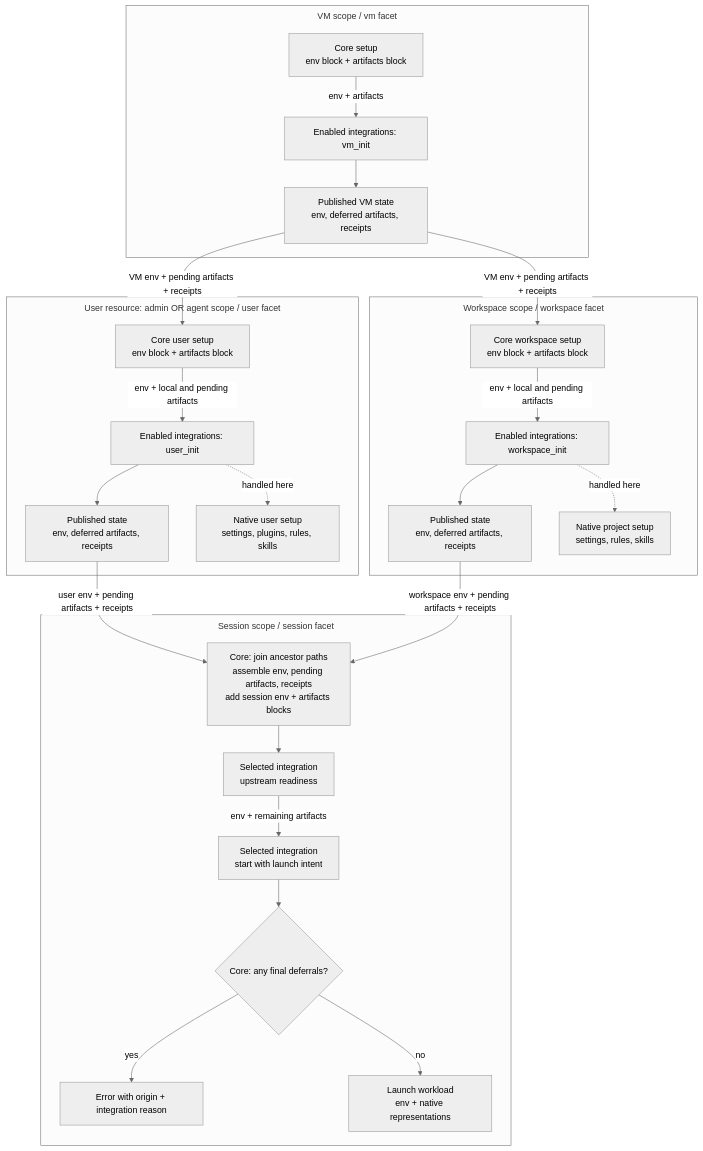
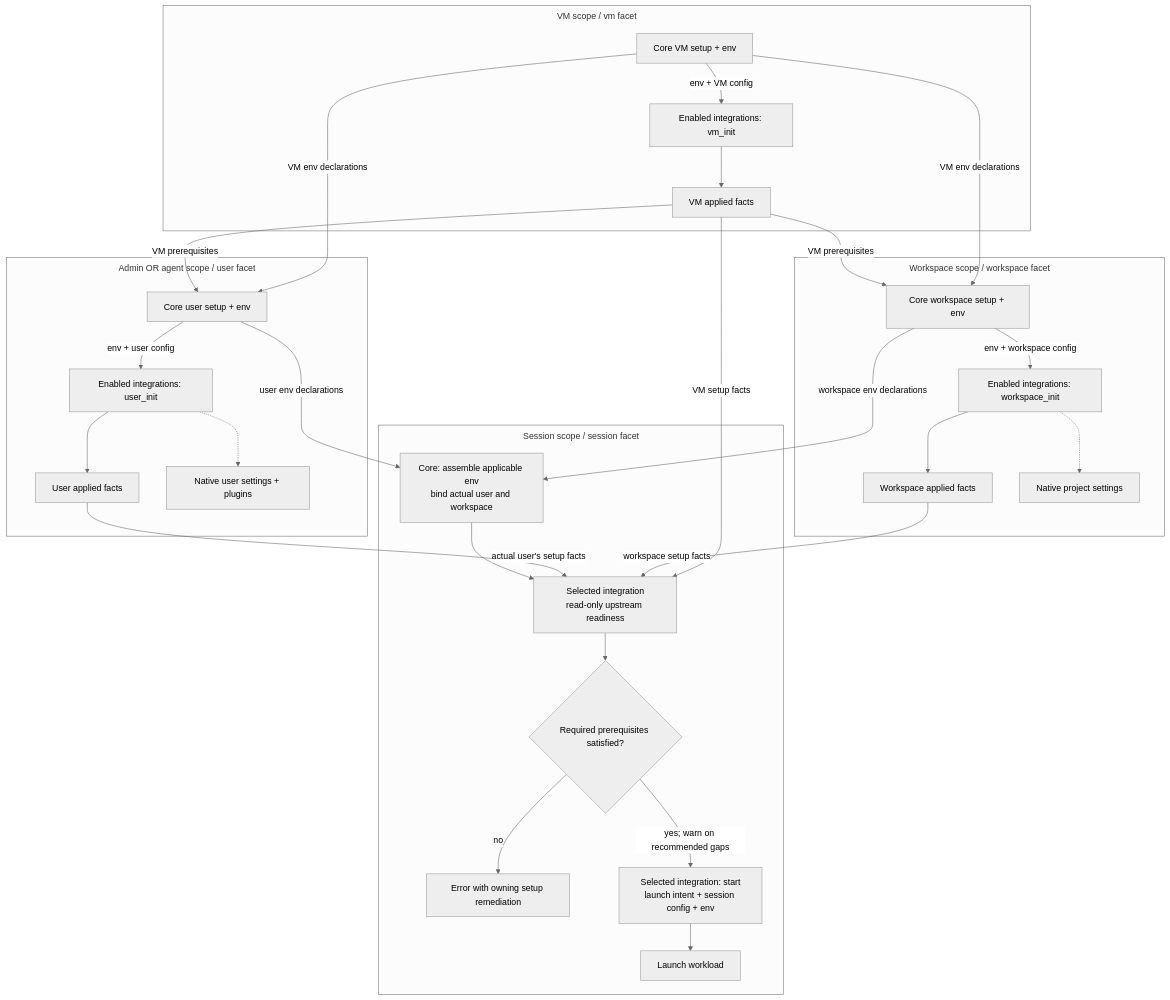
The diagram in docs/sdd/2026-09-06-harness-scope-framework/hla.md (WayfarerLabs/agentworks), drawn with Mermaid (neutral theme) before and after one commit. The commit also changed other lines of this file, not shown here.

````diff
--- a/docs/sdd/2026-09-06-harness-scope-framework/hla.md
+++ b/docs/sdd/2026-09-06-harness-scope-framework/hla.md
@@ -27,36 +26,41 @@
 ```mermaid
 ---
 config:
   flowchart:
     subGraphTitleMargin:
       top: 8
       bottom: 18
 ---
 flowchart TB
     subgraph VM["VM scope / vm facet"]
-        VC["Core setup<br/>env block + artifacts block"] -->|"env + artifacts"| VH["Enabled integrations: vm_init"]
-        VH --> VS["Published VM state<br/>env, deferred artifacts, receipts"]
+        VC["Core VM setup + env"] -->|"env + VM config"| VH["Enabled integrations: vm_init"]
+        VH --> VS["VM applied facts"]
     end
-    subgraph User["User resource: admin OR agent scope / user facet"]
-        UC["Core user setup<br/>env block + artifacts block"] -->|"env + local and pending artifacts"| UH["Enabled integrations: user_init"]
-        UH --> US["Published state<br/>env, deferred artifacts, receipts"]
-        UH -.->|"handled here"| UN["Native user setup<br/>settings, plugins, rules, skills"]
+    subgraph User["Admin OR agent scope / user facet"]
+        UC["Core user setup + env"] -->|"env + user config"| UH["Enabled integrations: user_init"]
+        UH --> US["User applied facts"]
+        UH -.-> UN["Native user settings + plugins"]
     end
     subgraph Workspace["Workspace scope / workspace facet"]
-        WC["Core workspace setup<br/>env block + artifacts block"] -->|"env + local and pending artifacts"| WH["Enabled integrations: workspace_init"]
-        WH --> WS["Published state<br/>env, deferred artifacts, receipts"]
-        WH -.->|"handled here"| WN["Native project setup<br/>settings, rules, skills"]
+        WC["Core workspace setup + env"] -->|"env + workspace config"| WH["Enabled integrations: workspace_init"]
+        WH --> WS["Workspace applied facts"]
+        WH -.-> WN["Native project settings"]
     end
-    VS -->|"VM env + pending artifacts + receipts"| UC
-    VS -->|"VM env + pending artifacts + receipts"| WC
+    VS -->|"VM prerequisites"| UC
+    VS -->|"VM prerequisites"| WC
+    VC -->|"VM env declarations"| UC
+    VC -->|"VM env declarations"| WC
     subgraph Session["Session scope / session facet"]
-        SC["Core: join ancestor paths<br/>assemble env, pending artifacts, receipts<br/>add session env + artifacts blocks"]
-        SC --> Ready["Selected integration<br/>upstream readiness"]
-        Ready -->|"env + remaining artifacts"| SH["Selected integration<br/>start with launch intent"]
-        SH --> Final{"Core: any final deferrals?"}
-        Final -->|"yes"| Error["Error with origin + integration reason"]
-        Final -->|"no"| Launch["Launch workload<br/>env + native representations"]
+        SC["Core: assemble applicable env<br/>bind actual user and workspace"]
+        SC --> Ready["Selected integration<br/>read-only upstream readiness"]
+        Ready --> Decision{"Required prerequisites satisfied?"}
+        Decision -->|"no"| Error["Error with owning setup remediation"]
+        Decision -->|"yes; warn on recommended gaps"| SH["Selected integration: start<br/>launch intent + session config + env"]
+        SH --> Launch["Launch workload"]
     end
-    US -->|"user env + pending artifacts + receipts"| SC
-    WS -->|"workspace env + pending artifacts + receipts"| SC
+    UC -->|"user env declarations"| SC
+    WC -->|"workspace env declarations"| SC
+    US -->|"actual user's setup facts"| Ready
+    WS -->|"workspace setup facts"| Ready
+    VS -->|"VM setup facts"| Ready
 ```
````
